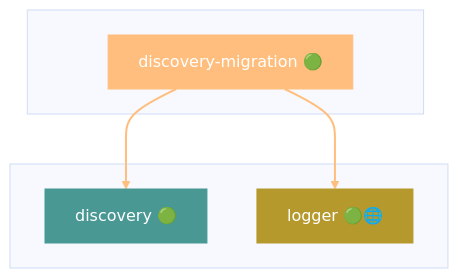
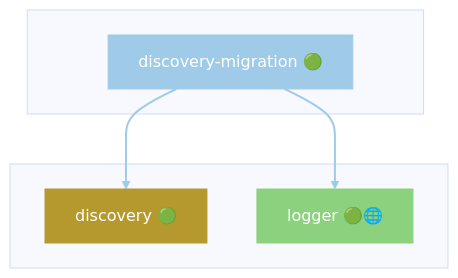
Before and after one commit to grest-ts/grest-ts: diagram 17 of 49 in docs/DEPENDENCIES.md, drawn with Mermaid (base theme). The commit also changed other lines of this file and 8 other files, not shown here.

````diff
--- a/docs/DEPENDENCIES.md
+++ b/docs/DEPENDENCIES.md
@@ -1113,17 +1079,17 @@
 ```mermaid
 flowchart TB
     subgraph Package[" "]
         discovery-migration["discovery-migration 🟢"]
     end
     subgraph Dependencies[" "]
         discovery["discovery 🟢"]
         logger["logger 🟢🌐"]
     end
     discovery-migration --> discovery
     discovery-migration --> logger
-    style discovery-migration fill:#FFBE7D,stroke:#FFBE7D,color:#fff
-    style discovery fill:#499894,stroke:#499894,color:#fff
-    style logger fill:#B6992D,stroke:#B6992D,color:#fff
-    linkStyle 0 stroke:#FFBE7D,stroke-width:2px
-    linkStyle 1 stroke:#FFBE7D,stroke-width:2px
+    style discovery-migration fill:#A0CBE8,stroke:#A0CBE8,color:#fff
+    style discovery fill:#B6992D,stroke:#B6992D,color:#fff
+    style logger fill:#8CD17D,stroke:#8CD17D,color:#fff
+    linkStyle 0 stroke:#A0CBE8,stroke-width:2px
+    linkStyle 1 stroke:#A0CBE8,stroke-width:2px
 ```
````
